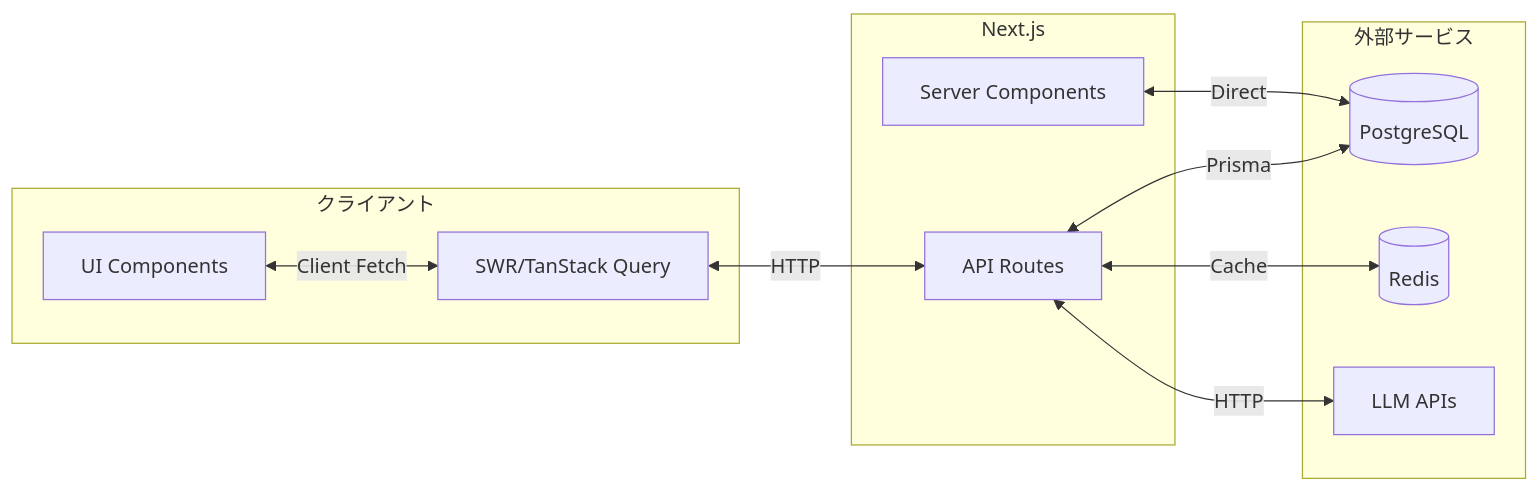
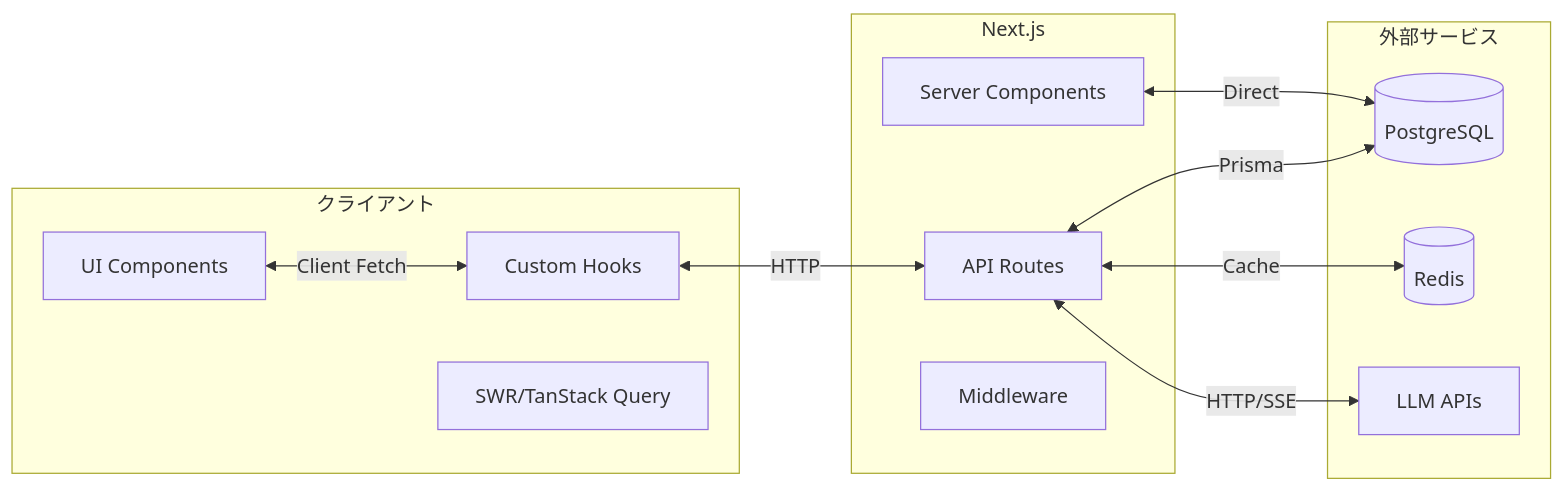
One commit to langcore-org/united-productions-web changed the diagram in docs/specs/architecture/data-flow.md. Above: the diagram before and after it, drawn with Mermaid. The commit also changed other lines of this file and 11 other files, not shown here.

First line of the commit message:
docs: specs/architecture と specs/api-integration のドキュメントを最新化

````diff
--- a/docs/specs/architecture/data-flow.md
+++ b/docs/specs/architecture/data-flow.md
@@ -9,25 +11,27 @@
 ```mermaid
 flowchart LR
     subgraph Client["クライアント"]
         UI["UI Components"]
+        Hooks["Custom Hooks"]
         Cache["SWR/TanStack Query"]
     end
     
     subgraph Next["Next.js"]
         RSC["Server Components"]
         API["API Routes"]
+        Middleware["Middleware"]
     end
     
     subgraph External["外部サービス"]
         DB[(PostgreSQL)]
         Redis[(Redis)]
         LLM[LLM APIs]
     end
     
-    UI <-->|"Client Fetch"| Cache
-    Cache <-->|"HTTP"| API
+    UI <-->|"Client Fetch"| Hooks
+    Hooks <-->|"HTTP"| API
     RSC <-->|"Direct"| DB
     API <-->|"Prisma"| DB
-    API <-->|"HTTP"| LLM
+    API <-->|"HTTP/SSE"| LLM
     API <-->|"Cache"| Redis
 ```
````
